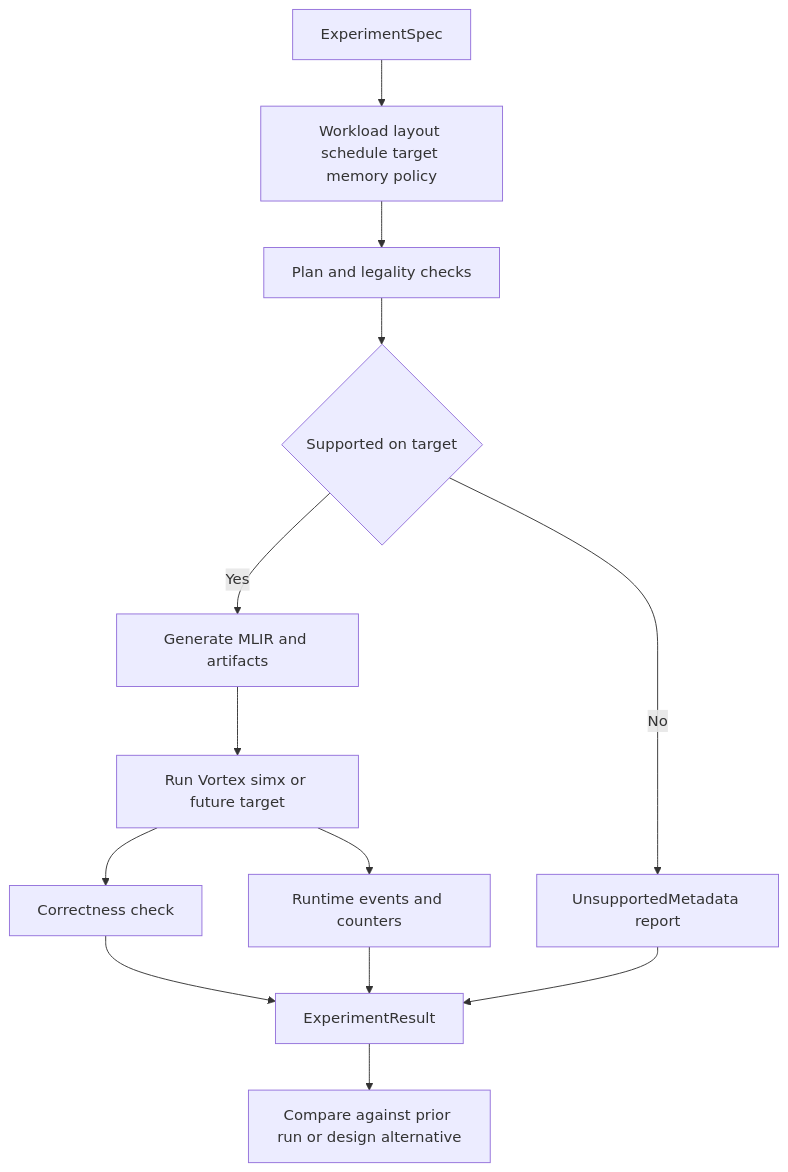
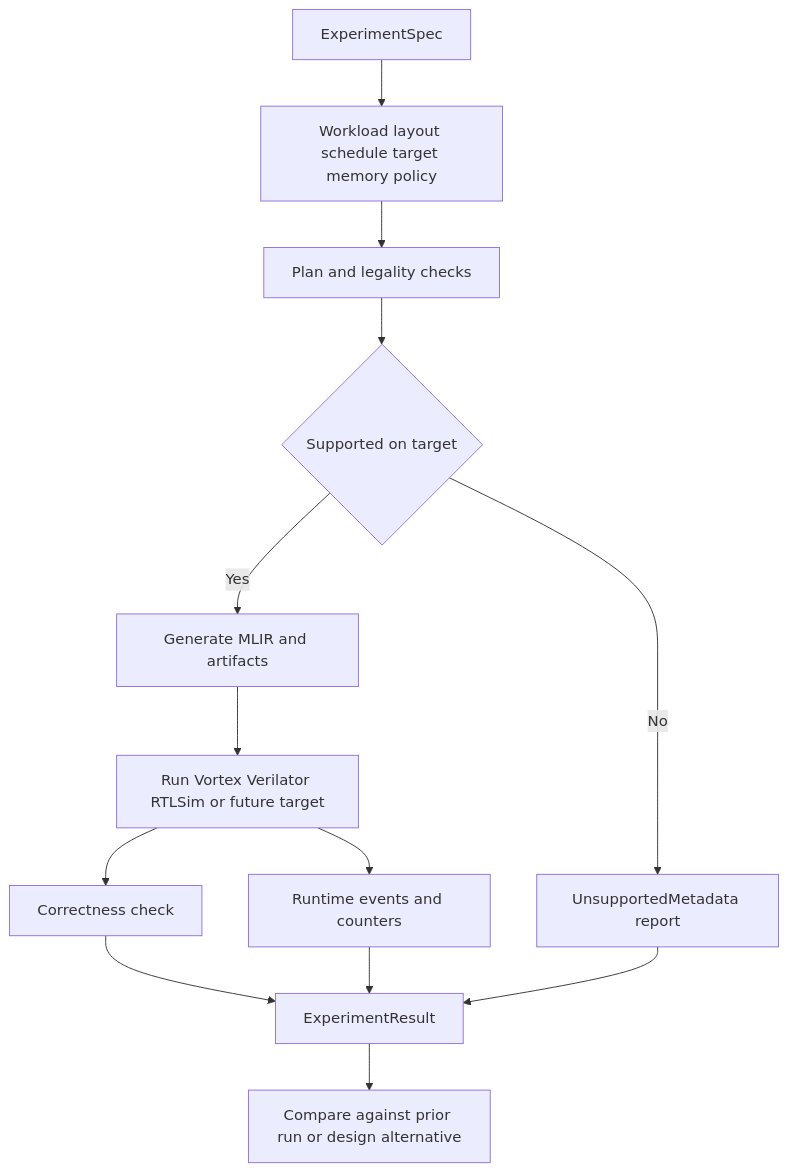
One commit to devillove084/Mandrel changed the sixth of 6 diagrams in docs/llm-serving-kv-attention-survey.md. Above: the diagram before and after it, drawn with Mermaid. The commit also changed other lines of this file and 57 other files, not shown here.

````diff
--- a/docs/llm-serving-kv-attention-survey.md
+++ b/docs/llm-serving-kv-attention-survey.md
@@ -785,15 +786,15 @@
 ```mermaid
 flowchart TD
     A[ExperimentSpec] --> B[Workload layout schedule target memory policy]
     B --> C[Plan and legality checks]
     C --> D{Supported on target}
     D -->|No| E[UnsupportedMetadata report]
     D -->|Yes| F[Generate MLIR and artifacts]
-    F --> G[Run Vortex simx or future target]
+    F --> G[Run Vortex Verilator RTLSim or future target]
     G --> H[Correctness check]
     G --> I[Runtime events and counters]
     H --> J[ExperimentResult]
     I --> J
     E --> J
     J --> K[Compare against prior run or design alternative]
 ```
````
